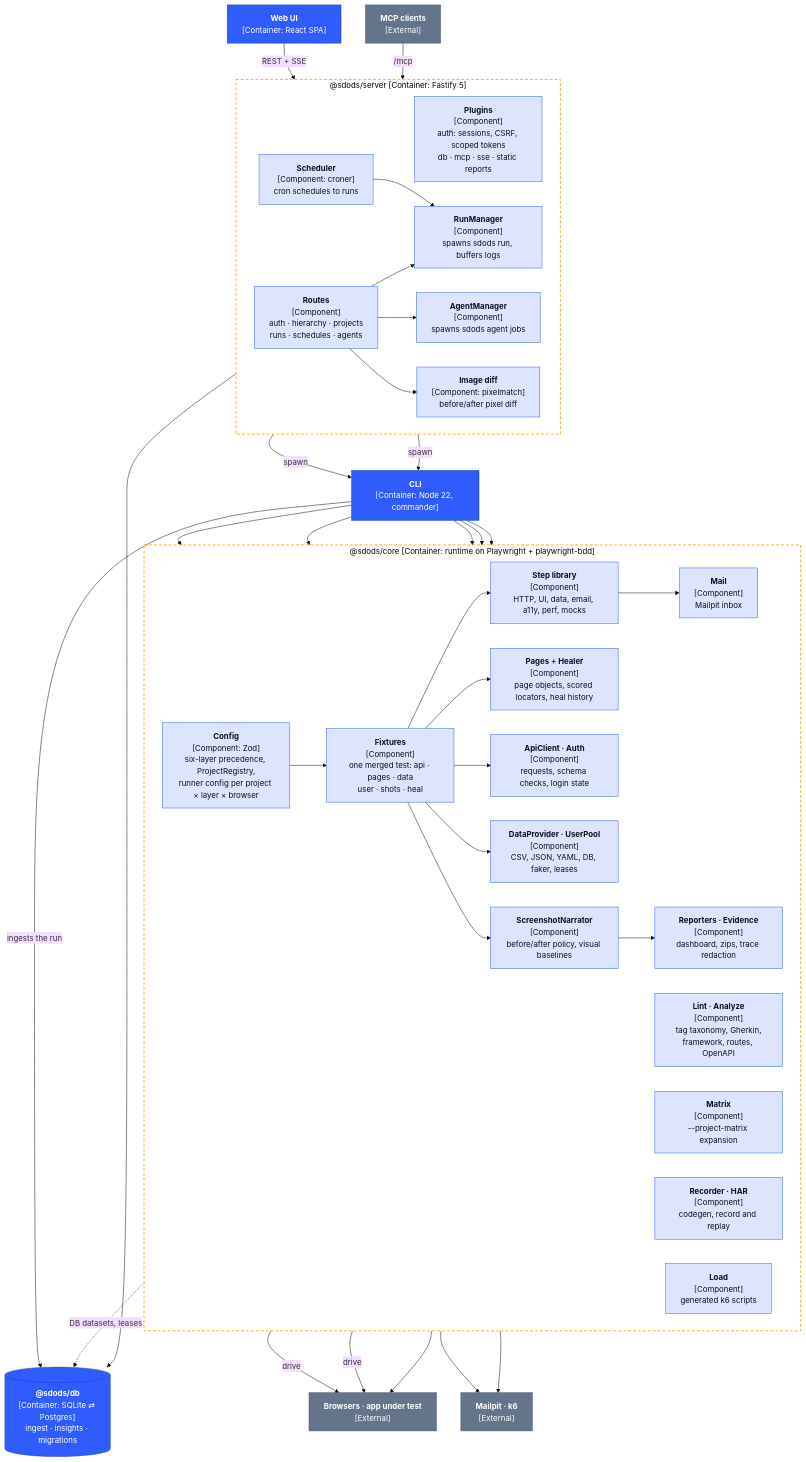
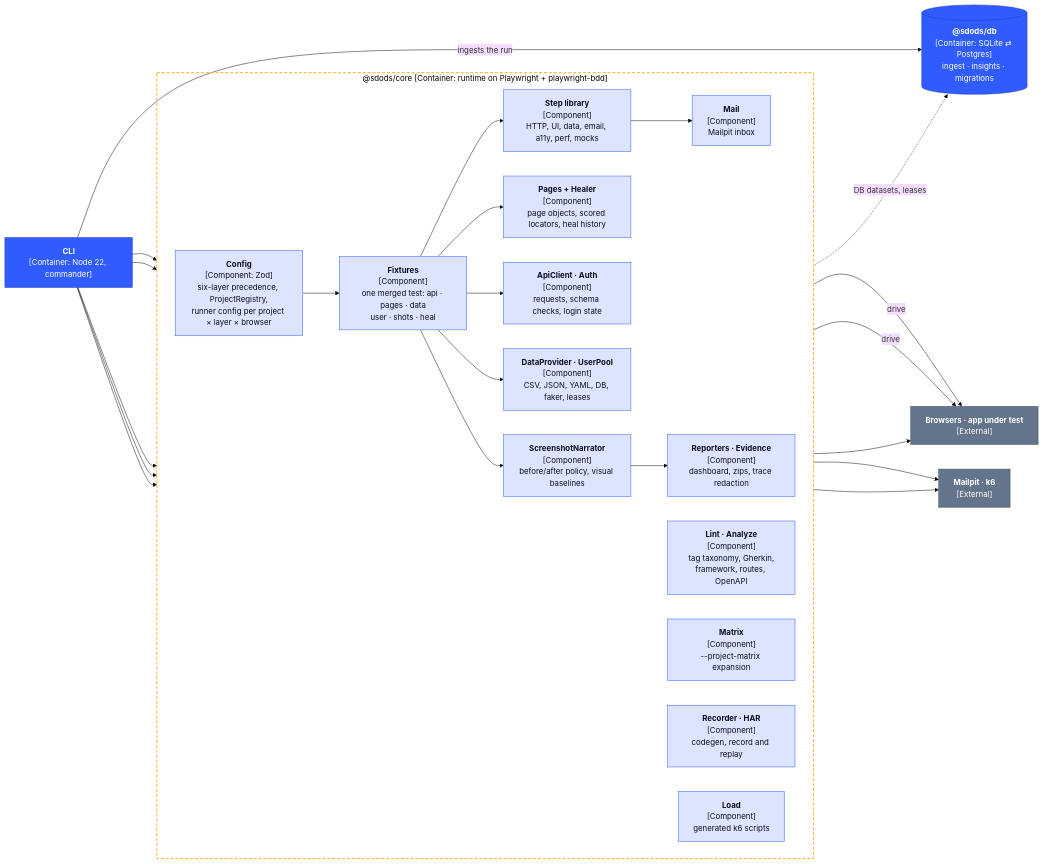
The fourth of 5 diagrams in README.md (YarlisAISolutions/SDODS), drawn with Mermaid (base theme) before and after one commit. The commit also changed other lines of this file and 1 other file, not shown here.

Commit message:
docs(readme): split the L3 component diagram into runtime and server
One diagram for both containers rendered almost 3000px wide, so GitHub
shrank its text to a third. Each half is now about 1300 to 1900px wide.

Claude-Session: https://claude.ai/code/session_01UejQHemwq4XUQvNgHdYaKc

````diff
--- a/README.md
+++ b/README.md
@@ -336,63 +336,43 @@
 ```mermaid
-flowchart TB
-  web["<b>Web UI</b><br/>[Container: React SPA]"]:::container
-  mcpc["<b>MCP clients</b><br/>[External]"]:::external
-
-  subgraph server["@sdods/server [Container: Fastify 5]"]
-    direction LR
-    plugins["<b>Plugins</b><br/>[Component]<br/>auth: sessions, CSRF, scoped tokens<br/>db · mcp · sse · static reports"]:::component
-    routes["<b>Routes</b><br/>[Component]<br/>auth · hierarchy · projects<br/>runs · schedules · agents"]:::component
-    runmgr["<b>RunManager</b><br/>[Component]<br/>spawns sdods run, buffers logs"]:::component
-    sched["<b>Scheduler</b><br/>[Component: croner]<br/>cron schedules to runs"]:::component
-    agentmgr["<b>AgentManager</b><br/>[Component]<br/>spawns sdods agent jobs"]:::component
-    diff["<b>Image diff</b><br/>[Component: pixelmatch]<br/>before/after pixel diff"]:::component
-  end
-
+flowchart LR
   cli["<b>CLI</b><br/>[Container: Node 22, commander]"]:::container
 
   subgraph core["@sdods/core [Container: runtime on Playwright + playwright-bdd]"]
     direction LR
     config["<b>Config</b><br/>[Component: Zod]<br/>six-layer precedence, ProjectRegistry,<br/>runner config per project × layer × browser"]:::component
     lint["<b>Lint · Analyze</b><br/>[Component]<br/>tag taxonomy, Gherkin,<br/>framework, routes, OpenAPI"]:::component
     matrix["<b>Matrix</b><br/>[Component]<br/>--project-matrix expansion"]:::component
     fixtures["<b>Fixtures</b><br/>[Component]<br/>one merged test: api · pages · data<br/>user · shots · heal"]:::component
     steps["<b>Step library</b><br/>[Component]<br/>HTTP, UI, data, email, a11y, perf, mocks"]:::component
     pages["<b>Pages + Healer</b><br/>[Component]<br/>page objects, scored locators, heal history"]:::component
     api["<b>ApiClient · Auth</b><br/>[Component]<br/>requests, schema checks, login state"]:::component
     data["<b>DataProvider · UserPool</b><br/>[Component]<br/>CSV, JSON, YAML, DB, faker, leases"]:::component
     shots["<b>ScreenshotNarrator</b><br/>[Component]<br/>before/after policy, visual baselines"]:::component
     rec["<b>Recorder · HAR</b><br/>[Component]<br/>codegen, record and replay"]:::component
     mail["<b>Mail</b><br/>[Component]<br/>Mailpit inbox"]:::component
     load["<b>Load</b><br/>[Component]<br/>generated k6 scripts"]:::component
     reporters["<b>Reporters · Evidence</b><br/>[Component]<br/>dashboard, zips, trace redaction"]:::component
   end
 
+  ext["<b>Mailpit · k6</b><br/>[External]"]:::external
+  pw["<b>Browsers · app under test</b><br/>[External]"]:::external
   db[("<b>@sdods/db</b><br/>[Container: SQLite ⇄ Postgres]<br/>ingest · insights · migrations")]:::container
-  pw["<b>Browsers · app under test</b><br/>[External]"]:::external
-  ext["<b>Mailpit · k6</b><br/>[External]"]:::external
 
-  web -->|"REST + SSE"| routes
-  mcpc -->|"/mcp"| plugins
-  routes --> runmgr & agentmgr & diff
-  sched --> runmgr
-  runmgr & agentmgr -->|"spawn"| cli
-  plugins --> db
   cli --> config & lint & matrix & rec & load
   cli -->|"ingests the run"| db
   config --> fixtures
   fixtures --> steps & pages & api & data & shots
   steps --> mail
   pages & api -->|"drive"| pw
   mail & load --> ext
   data -.->|"DB datasets, leases"| db
   shots --> reporters
   rec --> pw
 
   classDef person fill:#FFB020,stroke:#B87800,color:#0B1020
   classDef system fill:#1E3FB8,stroke:#FFB020,stroke-width:3px,color:#FFFFFF
   classDef container fill:#2F5BFF,stroke:#1E3FB8,color:#FFFFFF
   classDef component fill:#DCE4FF,stroke:#2F5BFF,color:#0B1020
   classDef external fill:#64748B,stroke:#475569,color:#FFFFFF
-  style server fill:none,stroke:#FFB020,stroke-width:2px,stroke-dasharray:6 4
   style core fill:none,stroke:#FFB020,stroke-width:2px,stroke-dasharray:6 4
 ```
````
